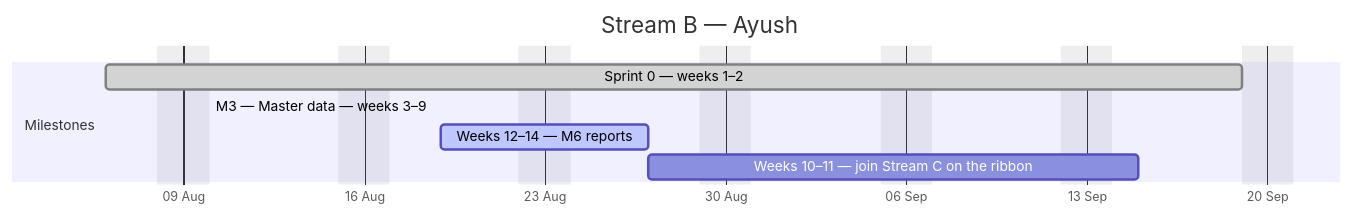
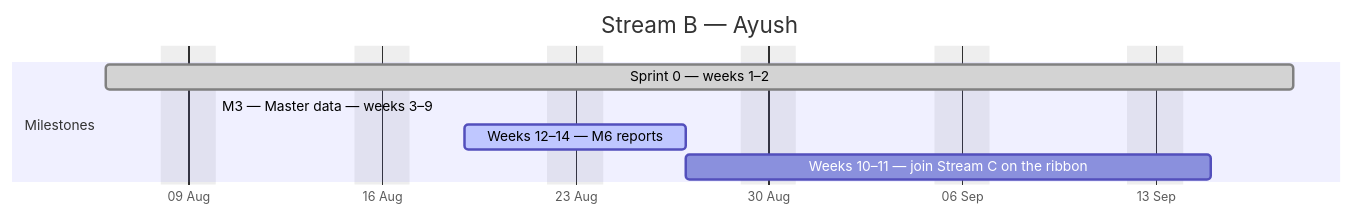
One commit to debashisedunext/EduTrack changed the second of 4 diagrams in docs/plan/GANTT.md. Above: the diagram before and after it, drawn with Mermaid. The commit also changed other lines of this file and 3 other files, not shown here.

````diff
--- a/docs/plan/GANTT.md
+++ b/docs/plan/GANTT.md
@@ -105,12 +105,12 @@
 ```mermaid
 gantt
     dateFormat YYYY-MM-DD
     axisFormat %d %b
     title Stream B — Ayush
     excludes weekends
     section Milestones
-    Sprint 0 — weeks 1–2 :done, b0, 2026-08-06, 32d
-    M3 — Master data — weeks 3–9 :active, b1, 2026-08-10, -8d
+    Sprint 0 — weeks 1–2 :done, b0, 2026-08-06, 31d
+    M3 — Master data — weeks 3–9 :active, b1, 2026-08-10, -7d
     Weeks 12–14 — M6 reports :active, b2, 2026-08-19, 6d
     Weeks 10–11 — join Stream C on the ribbon :b3, 2026-08-27, 13d
 ```
````
